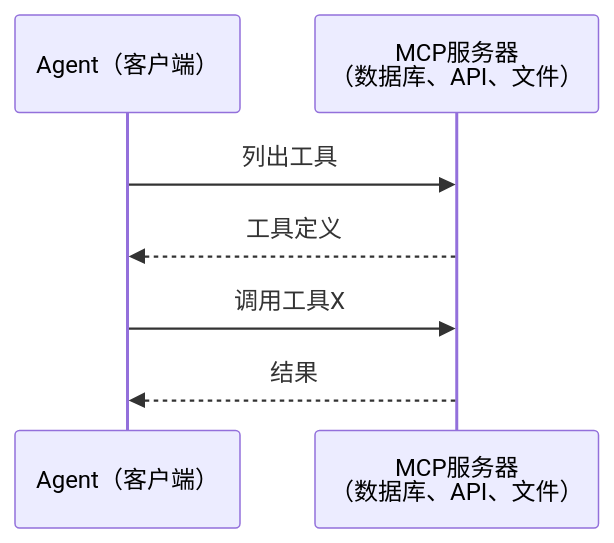
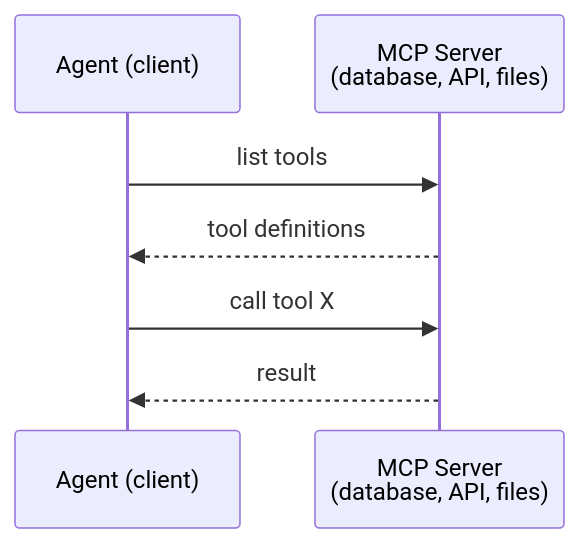
The second of 13 diagrams in i18n/zh/phases/16-multi-agent-and-swarms/03-communication-protocols/docs/zh.md (xiaojiaenen/ai-engineering-from-scratch-zh), drawn with Mermaid before and after one commit. The commit also changed other lines of this file and 25 other files, not shown here.

````diff
--- a/i18n/zh/phases/16-multi-agent-and-swarms/03-communication-protocols/docs/zh.md
+++ b/i18n/zh/phases/16-multi-agent-and-swarms/03-communication-protocols/docs/zh.md
@@ -59,10 +59,10 @@
 ```mermaid
 sequenceDiagram
-    participant Agent as Agent（客户端）
-    participant MCP1 as MCP服务器<br/>（数据库、API、文件）
+    participant Agent as Agent (client)
+    participant MCP1 as MCP Server<br/>(database, API, files)
 
-    Agent->>MCP1: 列出工具
-    MCP1-->>Agent: 工具定义
-    Agent->>MCP1: 调用工具X
-    MCP1-->>Agent: 结果
+    Agent->>MCP1: list tools
+    MCP1-->>Agent: tool definitions
+    Agent->>MCP1: call tool X
+    MCP1-->>Agent: result
 ```
````
